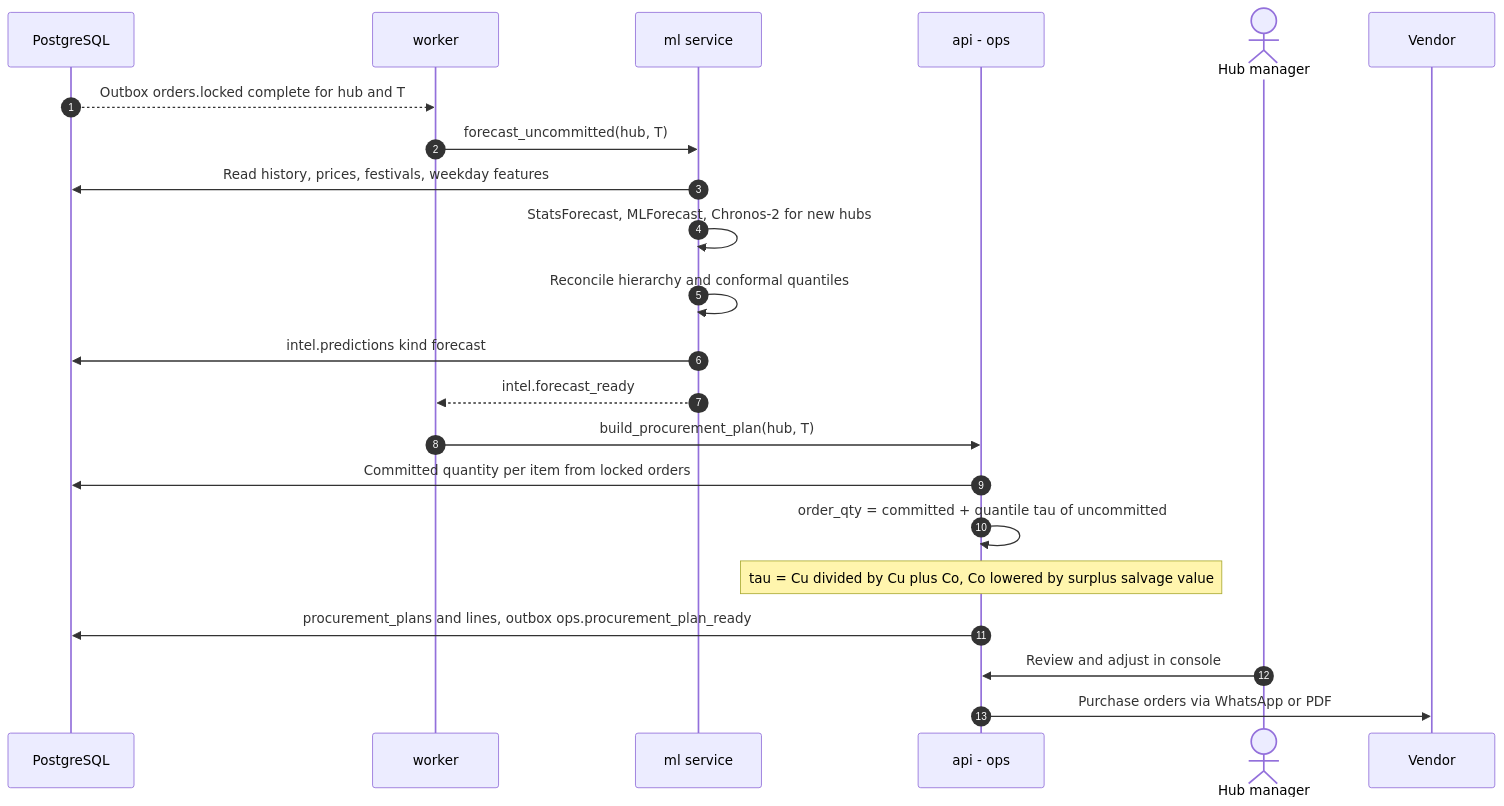
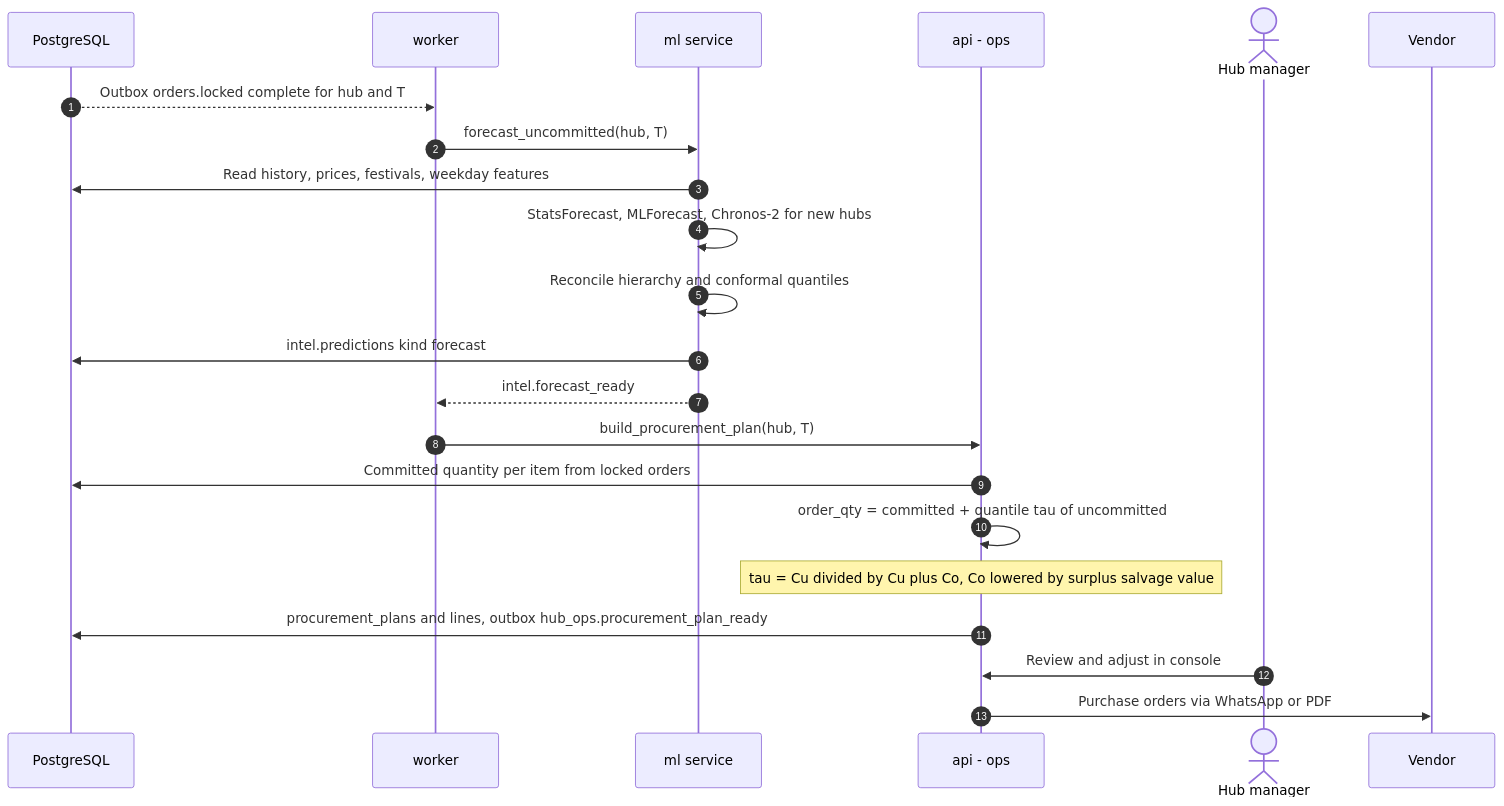
The eighth of 18 diagrams in docs/handbook/07-workflows.md (prelekar7/GharBasket), drawn with Mermaid before and after one commit. The commit also changed other lines of this file and 154 other files, not shown here.

````diff
--- a/docs/handbook/07-workflows.md
+++ b/docs/handbook/07-workflows.md
@@ -305,24 +305,24 @@
 ```mermaid
 sequenceDiagram
     autonumber
     participant DB as PostgreSQL
     participant W as worker
     participant ML as ml service
     participant OPS as api - ops
     actor HM as Hub manager
     participant V as Vendor
     DB-->>W: Outbox orders.locked complete for hub and T
     W->>ML: forecast_uncommitted(hub, T)
     ML->>DB: Read history, prices, festivals, weekday features
     ML->>ML: StatsForecast, MLForecast, Chronos-2 for new hubs
     ML->>ML: Reconcile hierarchy and conformal quantiles
     ML->>DB: intel.predictions kind forecast
     ML-->>W: intel.forecast_ready
     W->>OPS: build_procurement_plan(hub, T)
     OPS->>DB: Committed quantity per item from locked orders
     OPS->>OPS: order_qty = committed + quantile tau of uncommitted
     Note over OPS: tau = Cu divided by Cu plus Co, Co lowered by surplus salvage value
-    OPS->>DB: procurement_plans and lines, outbox ops.procurement_plan_ready
+    OPS->>DB: procurement_plans and lines, outbox hub_ops.procurement_plan_ready
     HM->>OPS: Review and adjust in console
     OPS->>V: Purchase orders via WhatsApp or PDF
 ```
````
